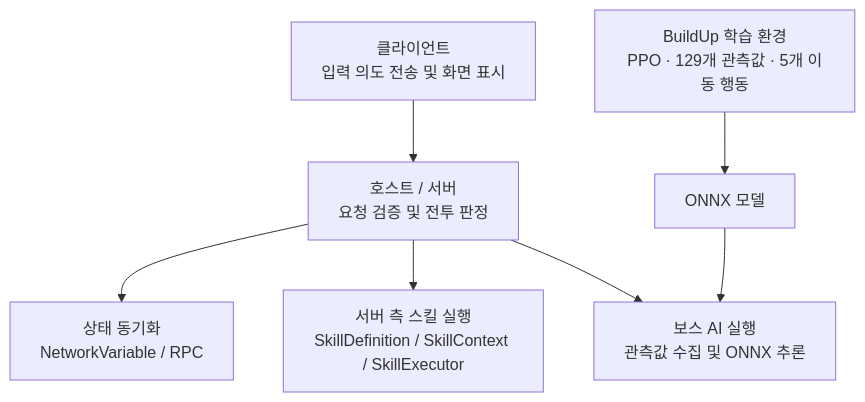
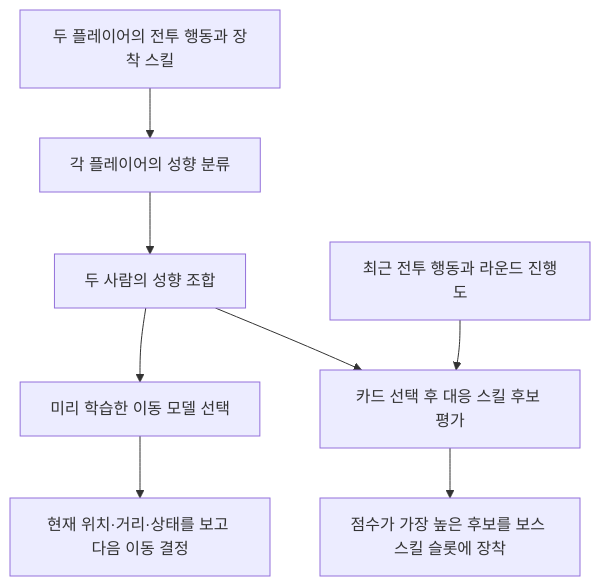
Before and after one commit to paek678/ArenaCombat_server: the diagram in README.md, drawn with Mermaid. The commit also changed other lines of this file, not shown here.

````diff
--- a/README.md
+++ b/README.md
@@ -30,9 +15,10 @@
 ```mermaid
 flowchart TD
-    Client["클라이언트<br/>입력 의도 전송 및 화면 표시"] --> Host["호스트 / 서버<br/>요청 검증 및 전투 판정"]
-    Host --> Sync["상태 동기화<br/>NetworkVariable / RPC"]
-    Host --> Skill["서버 측 스킬 실행<br/>SkillDefinition / SkillContext / SkillExecutor"]
-    Host --> BossAI["보스 AI 실행<br/>관측값 수집 및 ONNX 추론"]
-    BuildUp["BuildUp 학습 환경<br/>PPO · 129개 관측값 · 5개 이동 행동"] --> ONNX["ONNX 모델"]
-    ONNX --> BossAI
+    A["두 플레이어의 전투 행동과 장착 스킬"] --> B["각 플레이어의 성향 분류"]
+    B --> C["두 사람의 성향 조합"]
+    C --> M["미리 학습한 이동 모델 선택"]
+    M --> N["현재 위치·거리·상태를 보고 다음 이동 결정"]
+    C --> S["카드 선택 후 대응 스킬 후보 평가"]
+    R["최근 전투 행동과 라운드 진행도"] --> S
+    S --> T["점수가 가장 높은 후보를 보스 스킬 슬롯에 장착"]
 ```
````
